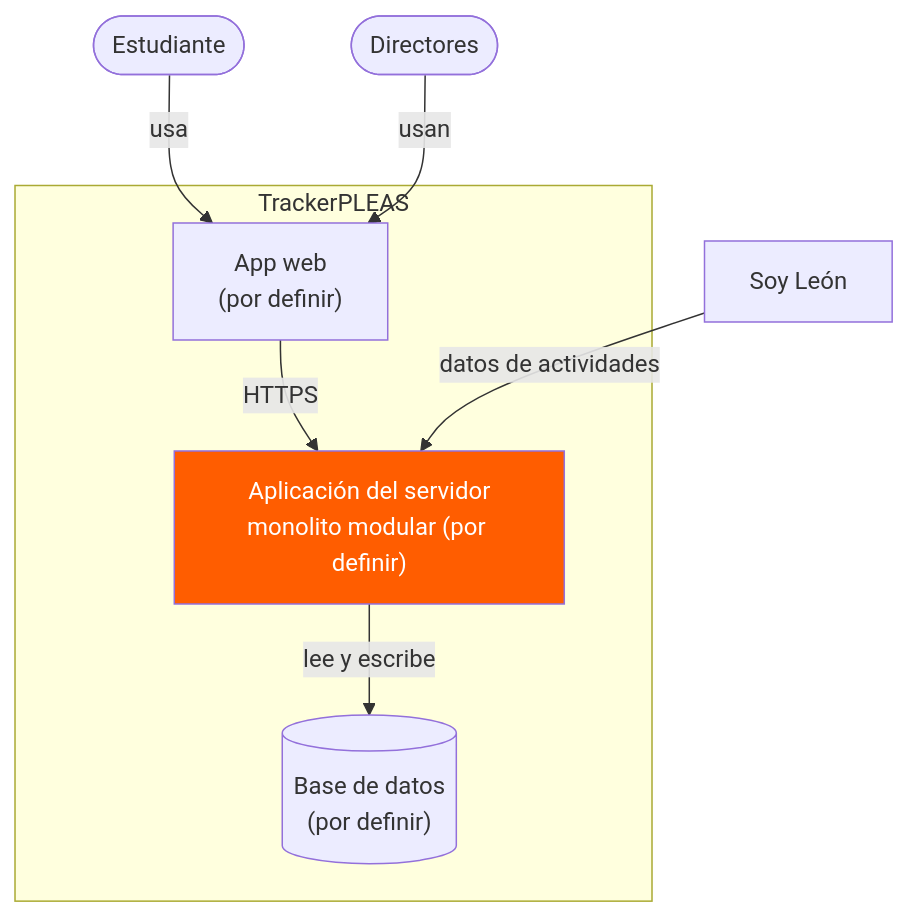
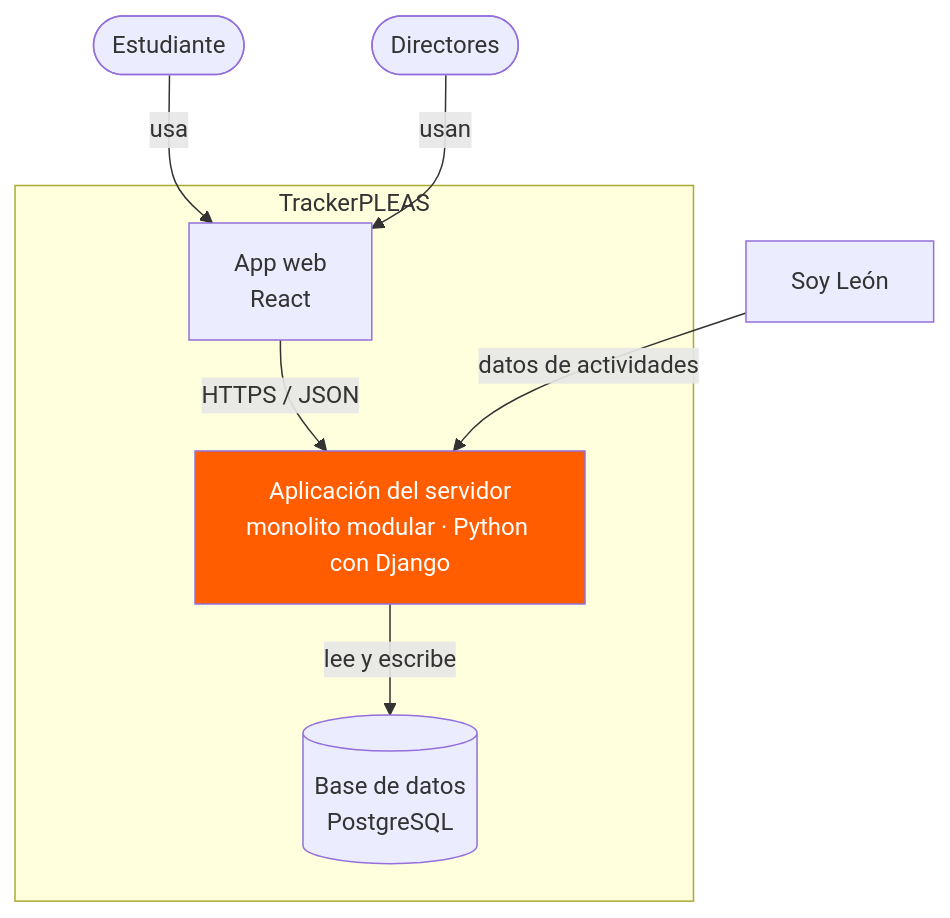
Before and after one commit to Victorflores06/PLEAS-Tracker-: the second of 3 diagrams in docs/arch/diagramas-sistema.md, drawn with Mermaid.

````diff
--- a/docs/arch/diagramas-sistema.md
+++ b/docs/arch/diagramas-sistema.md
@@ -25,21 +25,21 @@
 ```mermaid
 flowchart TD
     est([Estudiante])
     dir([Directores])
 
     subgraph sistema[TrackerPLEAS]
-        web["App web<br/>(por definir)"]
-        app["Aplicación del servidor<br/>monolito modular (por definir)"]
-        db[("Base de datos<br/>(por definir)")]
+        web["App web<br/>React"]
+        app["Aplicación del servidor<br/>monolito modular · Python con Django"]
+        db[("Base de datos<br/>PostgreSQL")]
     end
 
     soy[Soy León]
 
     est -->|usa| web
     dir -->|usan| web
-    web -->|HTTPS| app
+    web -->|HTTPS / JSON| app
     app -->|lee y escribe| db
     soy -->|datos de actividades| app
 
     style app fill:#ff5d00,color:#fff
 ```
````
